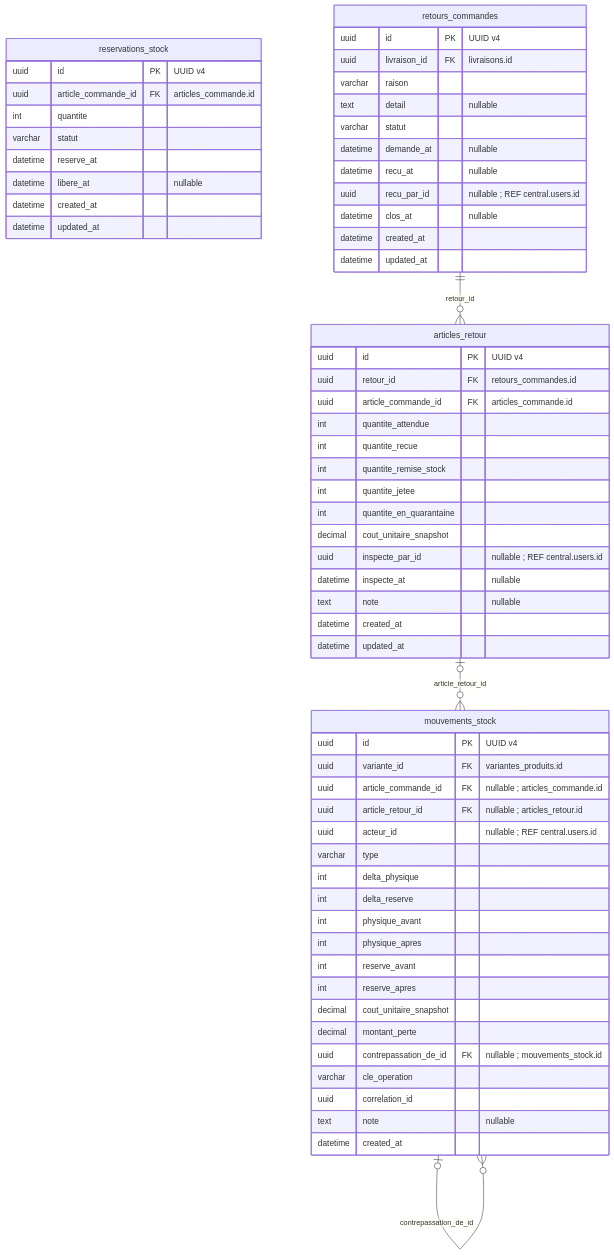
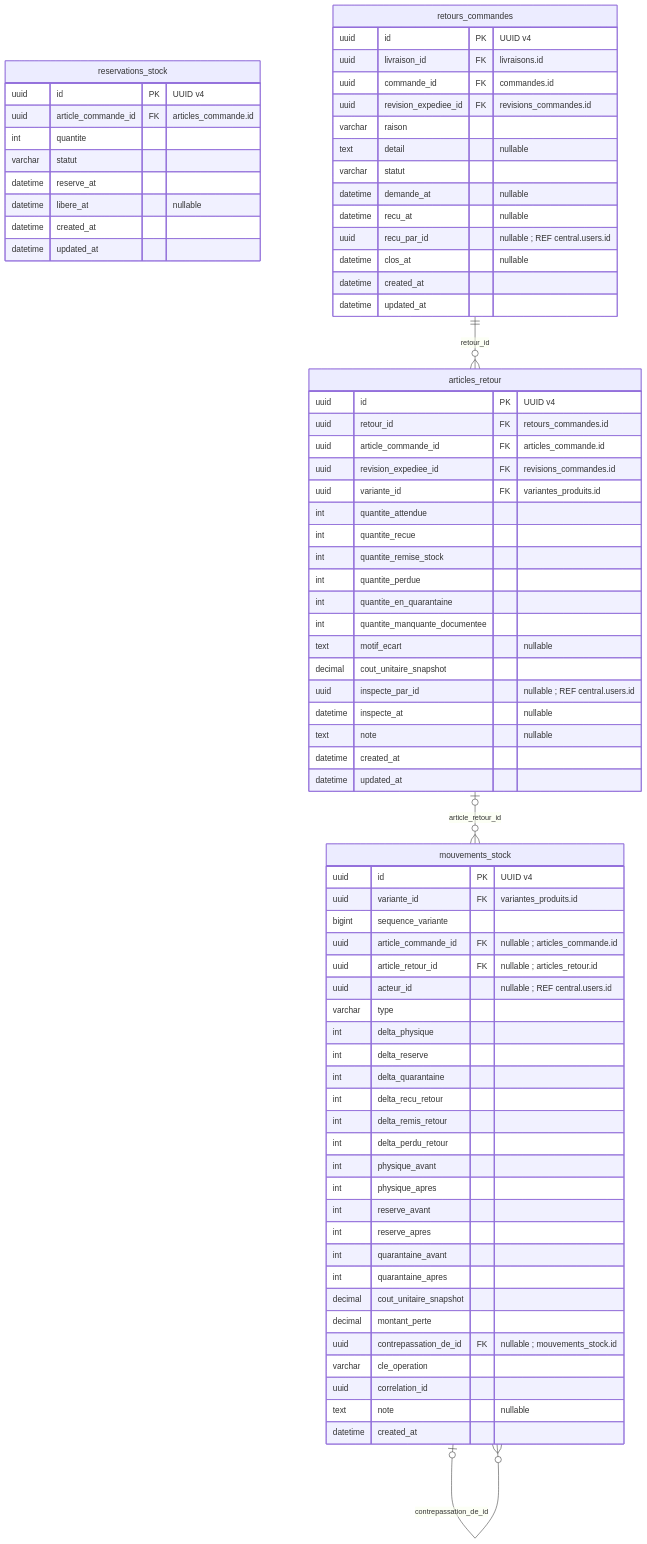
Diagram 18 of 26 in Schema-BDD-SaaS-Ecommerce-UUID.md (unitealfa/saas-ecom), drawn with Mermaid before and after one commit. The commit also changed other lines of this file, not shown here.

````diff
--- a/Schema-BDD-SaaS-Ecommerce-UUID.md
+++ b/Schema-BDD-SaaS-Ecommerce-UUID.md
@@ -1178,67 +1341,80 @@
 ```mermaid
 erDiagram
     direction TB
     reservations_stock {
         uuid id PK "UUID v4"
         uuid article_commande_id FK "articles_commande.id"
         int quantite
         varchar statut
         datetime reserve_at
         datetime libere_at "nullable"
         datetime created_at
         datetime updated_at
     }
     mouvements_stock {
         uuid id PK "UUID v4"
         uuid variante_id FK "variantes_produits.id"
+        bigint sequence_variante
         uuid article_commande_id FK "nullable ; articles_commande.id"
         uuid article_retour_id FK "nullable ; articles_retour.id"
         uuid acteur_id "nullable ; REF central.users.id"
         varchar type
         int delta_physique
         int delta_reserve
+        int delta_quarantaine
+        int delta_recu_retour
+        int delta_remis_retour
+        int delta_perdu_retour
         int physique_avant
         int physique_apres
         int reserve_avant
         int reserve_apres
+        int quarantaine_avant
+        int quarantaine_apres
         decimal cout_unitaire_snapshot
         decimal montant_perte
         uuid contrepassation_de_id FK "nullable ; mouvements_stock.id"
         varchar cle_operation
         uuid correlation_id
         text note "nullable"
         datetime created_at
     }
     retours_commandes {
         uuid id PK "UUID v4"
         uuid livraison_id FK "livraisons.id"
+        uuid commande_id FK "commandes.id"
+        uuid revision_expediee_id FK "revisions_commandes.id"
         varchar raison
         text detail "nullable"
         varchar statut
         datetime demande_at "nullable"
         datetime recu_at "nullable"
         uuid recu_par_id "nullable ; REF central.users.id"
         datetime clos_at "nullable"
         datetime created_at
         datetime updated_at
     }
     articles_retour {
         uuid id PK "UUID v4"
         uuid retour_id FK "retours_commandes.id"
         uuid article_commande_id FK "articles_commande.id"
+        uuid revision_expediee_id FK "revisions_commandes.id"
+        uuid variante_id FK "variantes_produits.id"
         int quantite_attendue
         int quantite_recue
         int quantite_remise_stock
-        int quantite_jetee
+        int quantite_perdue
         int quantite_en_quarantaine
+        int quantite_manquante_documentee
+        text motif_ecart "nullable"
         decimal cout_unitaire_snapshot
         uuid inspecte_par_id "nullable ; REF central.users.id"
         datetime inspecte_at "nullable"
         text note "nullable"
         datetime created_at
         datetime updated_at
     }
     articles_retour |o--o{ mouvements_stock : article_retour_id
     mouvements_stock |o--o{ mouvements_stock : contrepassation_de_id
     retours_commandes ||--o{ articles_retour : retour_id
 ```
````
